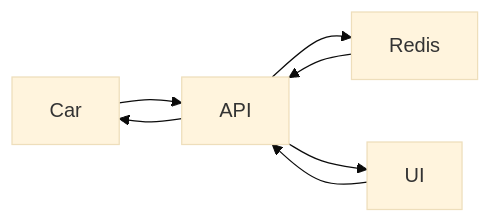
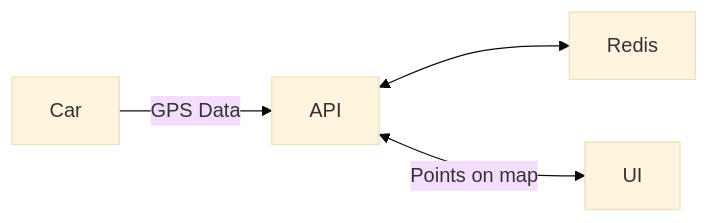
Before and after one commit to ethan42/mayhem-demo: the diagram in README.md, drawn with Mermaid (base theme).

Commit message:
fixed mermaid diagram

````diff
--- a/README.md
+++ b/README.md
@@ -10,9 +10,6 @@
 ```mermaid
-graph LR;
-    Car --> API;
-    API --> Car;
-    API --> Redis;
-    Redis --> API;
-    API --> UI;
-    UI --> API;
+flowchart LR;
+    Car -->|GPS Data| API;
+    API <--> Redis;
+    API <-->|Points on map| UI;
 ```
````
